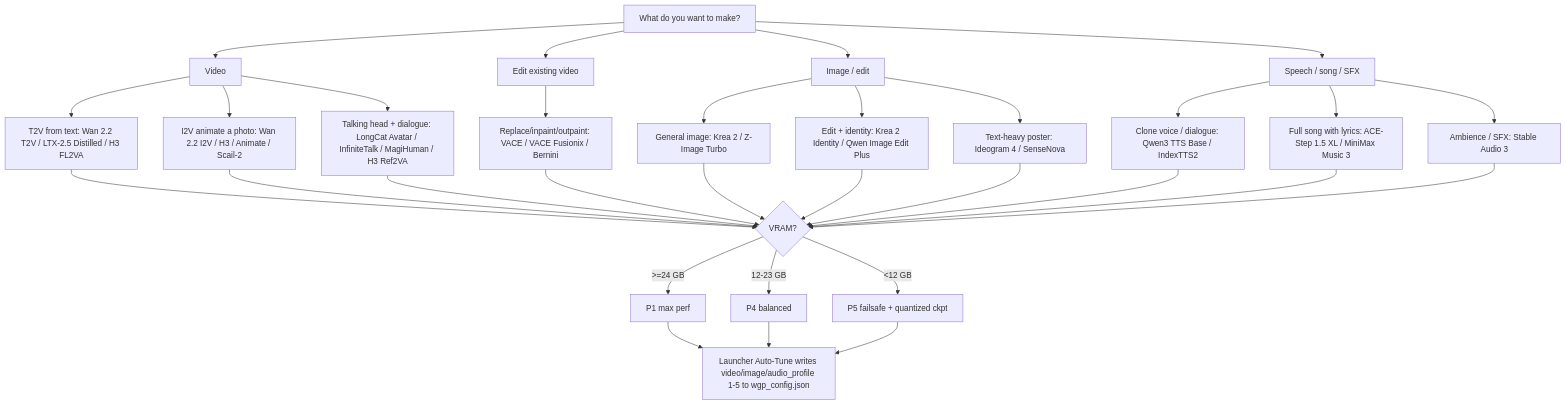
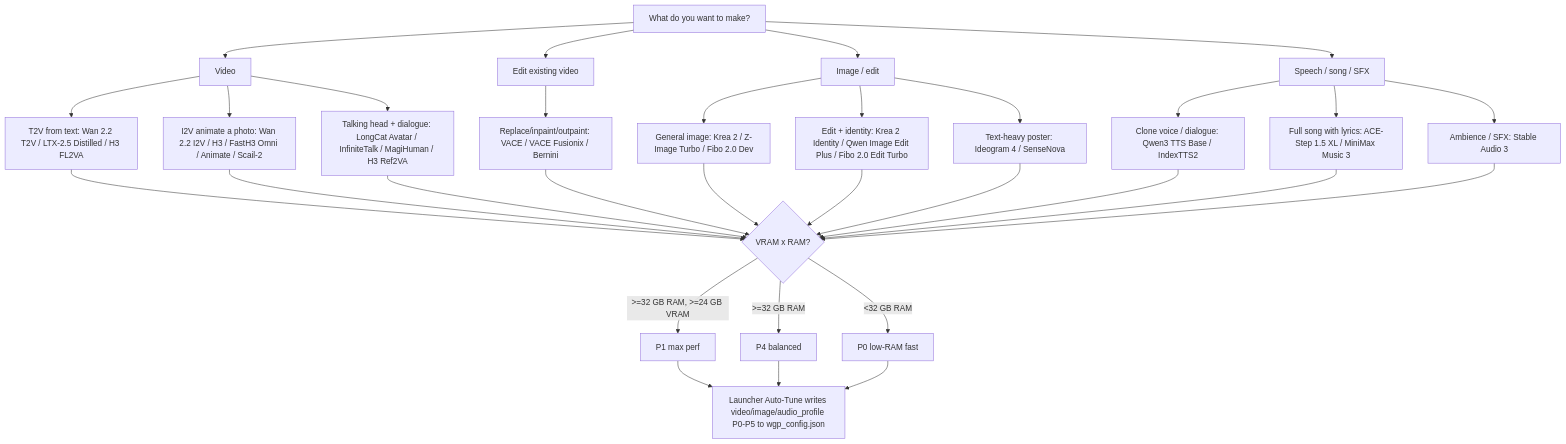
One commit to GKartist75/Wan2GP-Desktop-Tauri changed the first of 10 diagrams in docs/WAN2GP-GUIDE.md. Above: the diagram before and after it, drawn with Mermaid. The commit also changed other lines of this file and 51 other files, not shown here.

````diff
--- a/docs/WAN2GP-GUIDE.md
+++ b/docs/WAN2GP-GUIDE.md
@@ -34,27 +34,27 @@
 ```mermaid
 flowchart TD
   G[What do you want to make?]
   G --> V[Video]
   G --> I[Image / edit]
   G --> A[Speech / song / SFX]
   G --> E[Edit existing video]
 
   V --> V1[T2V from text: Wan 2.2 T2V / LTX-2.5 Distilled / H3 FL2VA]
-  V --> V2[I2V animate a photo: Wan 2.2 I2V / H3 / Animate / Scail-2]
+  V --> V2[I2V animate a photo: Wan 2.2 I2V / H3 / FastH3 Omni / Animate / Scail-2]
   V --> V3[Talking head + dialogue: LongCat Avatar / InfiniteTalk / MagiHuman / H3 Ref2VA]
   E --> E1[Replace/inpaint/outpaint: VACE / VACE Fusionix / Bernini]
 
-  I --> I1[General image: Krea 2 / Z-Image Turbo]
-  I --> I2[Edit + identity: Krea 2 Identity / Qwen Image Edit Plus]
+  I --> I1[General image: Krea 2 / Z-Image Turbo / Fibo 2.0 Dev]
+  I --> I2[Edit + identity: Krea 2 Identity / Qwen Image Edit Plus / Fibo 2.0 Edit Turbo]
   I --> I3[Text-heavy poster: Ideogram 4 / SenseNova]
 
   A --> A1[Clone voice / dialogue: Qwen3 TTS Base / IndexTTS2]
   A --> A2[Full song with lyrics: ACE-Step 1.5 XL / MiniMax Music 3]
   A --> A3[Ambience / SFX: Stable Audio 3]
 
-  V1 & V2 & V3 & E1 & I1 & I2 & I3 & A1 & A2 & A3 --> P{VRAM?}
-  P -->|>=24 GB| P1[P1 max perf]
-  P -->|12-23 GB| P4[P4 balanced]
-  P -->|<12 GB| P5[P5 failsafe + quantized ckpt]
-  P1 & P4 & P5 --> L[Launcher Auto-Tune writes video/image/audio_profile 1-5 to wgp_config.json]
+  V1 & V2 & V3 & E1 & I1 & I2 & I3 & A1 & A2 & A3 --> P{VRAM x RAM?}
+  P -->|">=32 GB RAM, >=24 GB VRAM"| P1[P1 max perf]
+  P -->|">=32 GB RAM"| P4[P4 balanced]
+  P -->|"<32 GB RAM"| P0[P0 low-RAM fast]
+  P1 & P4 & P0 --> L[Launcher Auto-Tune writes video/image/audio_profile P0-P5 to wgp_config.json]
 ```
````
